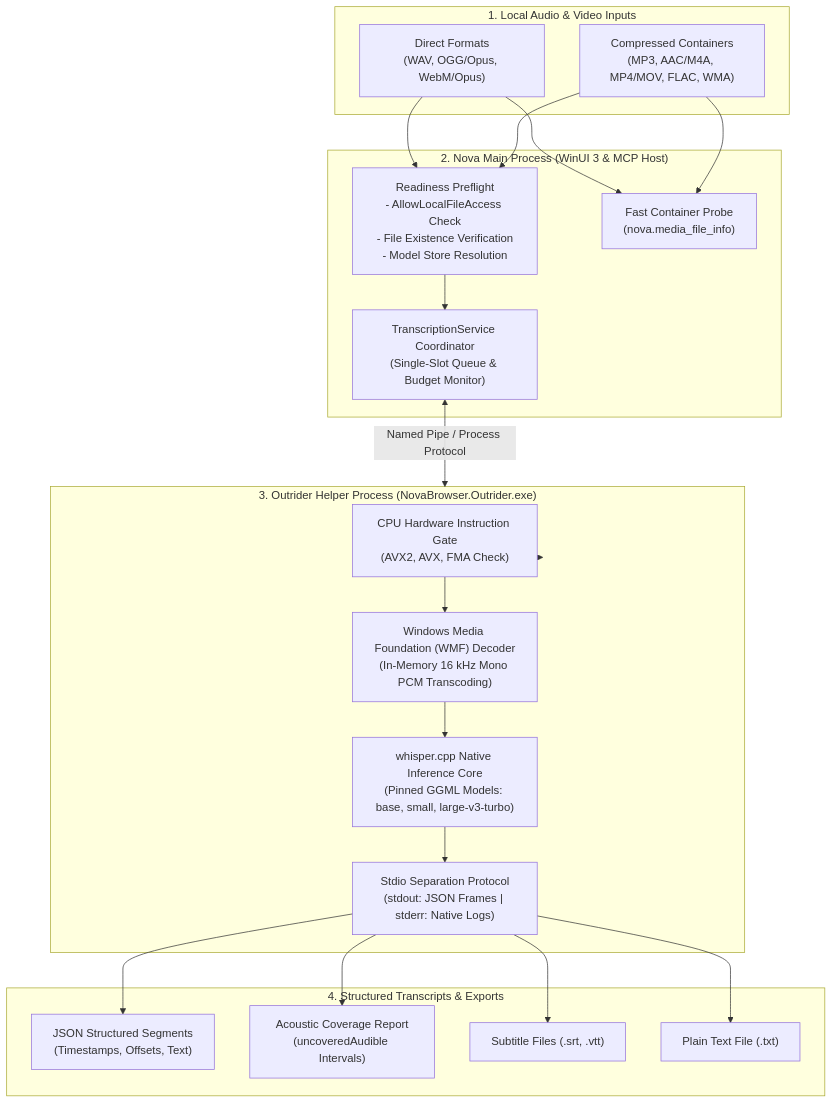
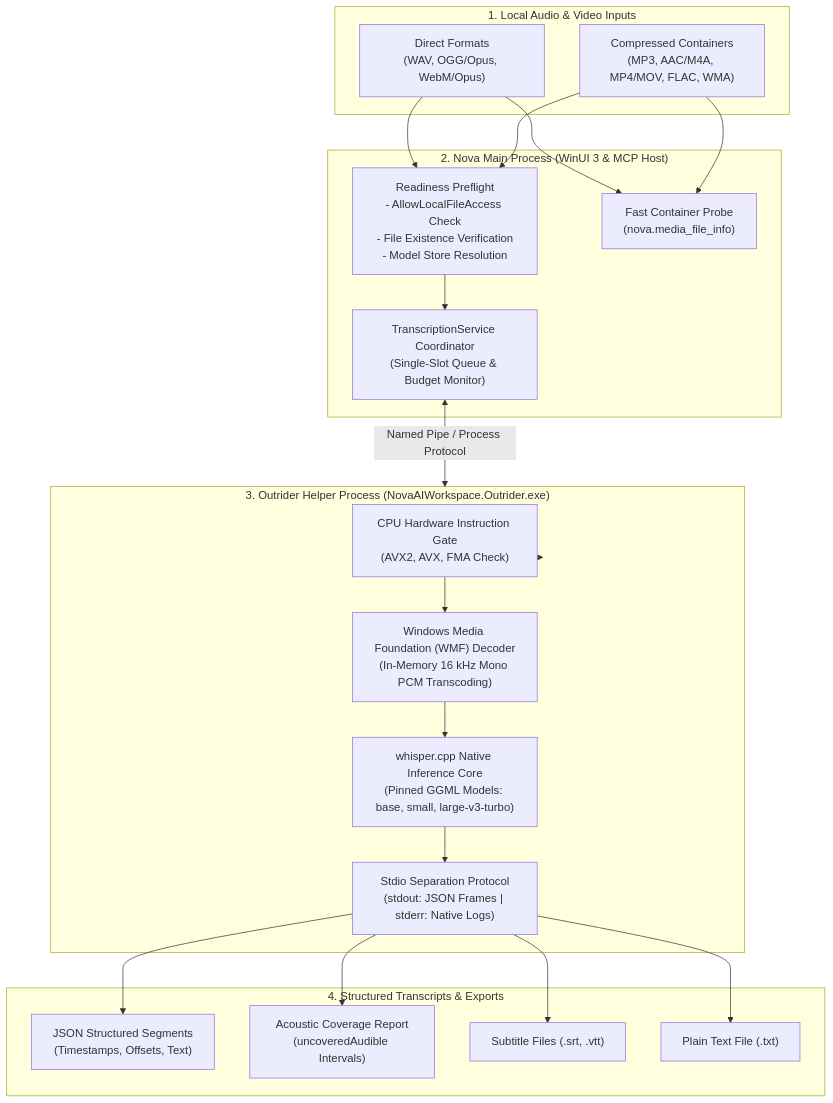
Before and after one commit to joelaniol/nova: the first of 2 diagrams in docs/core-features/media-intelligence/transcription/README.md, drawn with Mermaid. The commit also changed other lines of this file and 58 other files, not shown here.

Commit message:
docs: run_rows tools, fastlane memory tools, NovaAIWorkspace helper names

````diff
--- a/docs/core-features/media-intelligence/transcription/README.md
+++ b/docs/core-features/media-intelligence/transcription/README.md
@@ -8,36 +8,36 @@
 ```mermaid
 flowchart TD
     subgraph AudioSources["1. Local Audio & Video Inputs"]
         DirectAudio["Direct Formats\n(WAV, OGG/Opus, WebM/Opus)"]
         WMFContainers["Compressed Containers\n(MP3, AAC/M4A, MP4/MOV, FLAC, WMA)"]
     end
 
     subgraph HostNova["2. Nova Main Process (WinUI 3 & MCP Host)"]
         PreflightGate["Readiness Preflight\n- AllowLocalFileAccess Check\n- File Existence Verification\n- Model Store Resolution"]
         TranscribeService["TranscriptionService Coordinator\n(Single-Slot Queue & Budget Monitor)"]
         FastProbe["Fast Container Probe\n(nova.media_file_info)"]
     end
 
-    subgraph OutriderSandbox["3. Outrider Helper Process (NovaBrowser.Outrider.exe)"]
+    subgraph OutriderSandbox["3. Outrider Helper Process (NovaAIWorkspace.Outrider.exe)"]
         CPUGate["CPU Hardware Instruction Gate\n(AVX2, AVX, FMA Check)"]
         WMFDecoder["Windows Media Foundation (WMF) Decoder\n(In-Memory 16 kHz Mono PCM Transcoding)"]
         WhisperCore["whisper.cpp Native Inference Core\n(Pinned GGML Models: base, small, large-v3-turbo)"]
         StreamProtocol["Stdio Separation Protocol\n(stdout: JSON Frames | stderr: Native Logs)"]
     end
 
     subgraph Outputs["4. Structured Transcripts & Exports"]
         JSONOutput["JSON Structured Segments\n(Timestamps, Offsets, Text)"]
         CoverageReport["Acoustic Coverage Report\n(uncoveredAudible Intervals)"]
         Subtitles["Subtitle Files (.srt, .vtt)"]
         PlainText["Plain Text File (.txt)"]
     end
 
     DirectAudio & WMFContainers --> PreflightGate
     DirectAudio & WMFContainers --> FastProbe
     PreflightGate --> TranscribeService
 
     TranscribeService <-->|Named Pipe / Process Protocol| OutriderSandbox
     OutriderSandbox --> CPUGate --> WMFDecoder --> WhisperCore --> StreamProtocol
 
     StreamProtocol --> JSONOutput & CoverageReport & Subtitles & PlainText
 ```
````
